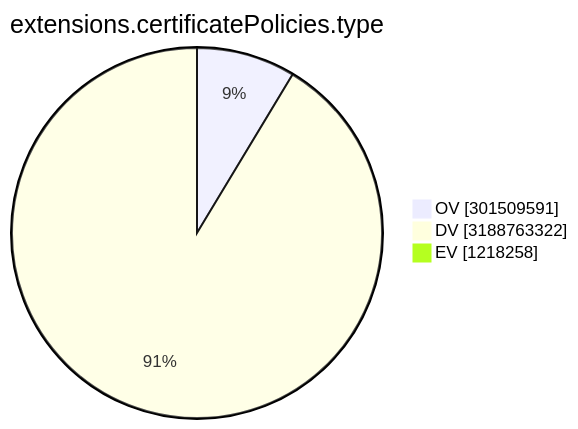
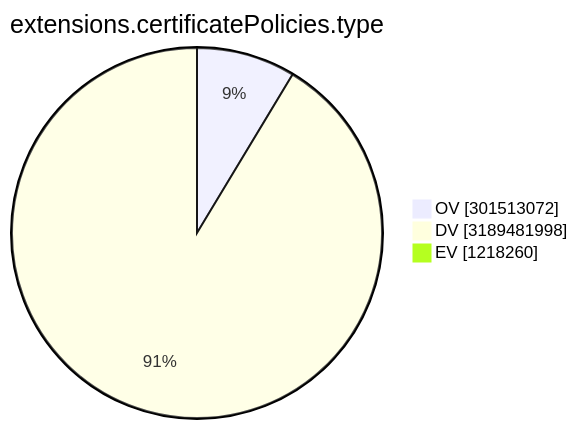
The ninth of 15 diagrams in TOTAL/README.md (christiankrug/ctmonitor_visualization), drawn with Mermaid before and after one commit. The commit also changed other lines of this file, not shown here.

````diff
--- a/TOTAL/README.md
+++ b/TOTAL/README.md
@@ -3106,7 +3106,7 @@
 ```mermaid
 pie showData
 title extensions.certificatePolicies.type
-"OV" :301509591
-"DV" :3188763322
-"EV" :1218258
+"OV" :301513072
+"DV" :3189481998
+"EV" :1218260
 ```
````
